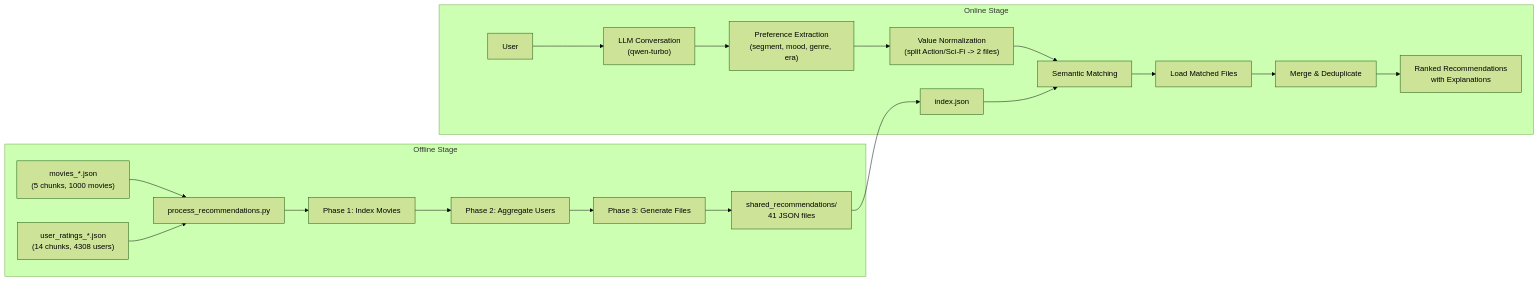
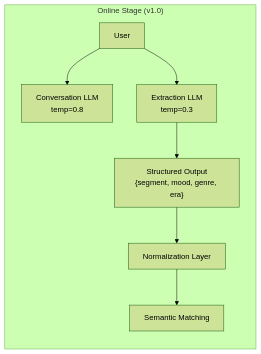
One commit to keith-leung/COMP713-recm-system changed the first of 6 diagrams in REPORT.md. Above: the diagram before and after it, drawn with Mermaid (forest theme). The commit also changed other lines of this file and 9 other files, not shown here.

````diff
--- a/REPORT.md
+++ b/REPORT.md
@@ -39,23 +55,10 @@
 ```mermaid
 flowchart LR
-    subgraph OFFLINE["Offline Stage"]
-        M["movies_*.json<br/>(5 chunks, 1000 movies)"] --> P["process_recommendations.py"]
-        U["user_ratings_*.json<br/>(14 chunks, 4308 users)"] --> P
-        P --> S1["Phase 1: Index Movies"]
-        S1 --> S2["Phase 2: Aggregate Users"]
-        S2 --> S3["Phase 3: Generate Files"]
-        S3 --> R["shared_recommendations/<br/>41 JSON files"]
-    end
-
-    subgraph ONLINE["Online Stage"]
-        USER["User"] --> LLM["LLM Conversation<br/>(qwen-turbo)"]
-        LLM --> EXTRACT["Preference Extraction<br/>(segment, mood, genre, era)"]
-        EXTRACT --> NORM["Value Normalization<br/>(split Action/Sci-Fi -> 2 files)"]
-        NORM --> MATCH["Semantic Matching"]
-        R --> IDX["index.json"]
-        IDX --> MATCH
-        MATCH --> LOAD["Load Matched Files"]
-        LOAD --> DEDUP["Merge & Deduplicate"]
-        DEDUP --> REC["Ranked Recommendations<br/>with Explanations"]
+    subgraph ONLINE["Online Stage (v1.0)"]
+        USER["User"] --> CONV["Conversation LLM<br/>temp=0.8"]
+        USER --> EXTRACT["Extraction LLM<br/>temp=0.3"]
+        EXTRACT --> STRUCT["Structured Output<br/>{segment, mood, genre, era}"]
+        STRUCT --> NORMALIZE["Normalization Layer"]
+        NORMALIZE --> MATCH["Semantic Matching"]
     end
 ```
````
